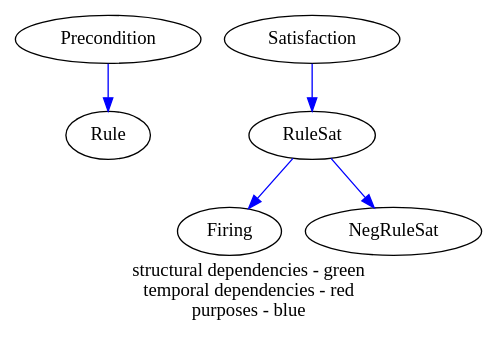
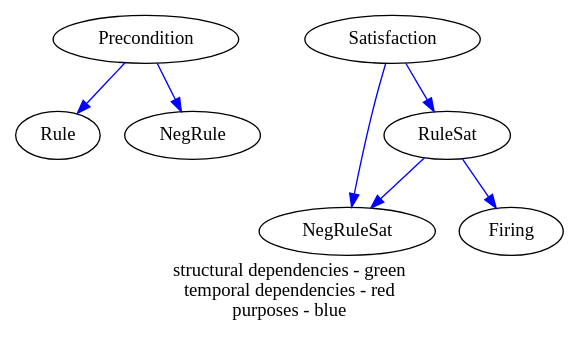
Before and after one commit to hefeix/google-gen: the diagram in doc/purposes.dot, drawn with Graphviz. The commit also changed 9 other files, not shown here.

```diff
--- a/doc/purposes.dot
+++ b/doc/purposes.dot
@@ -1,7 +1,9 @@
 digraph components { // red green blue
 	graph [label= "structural dependencies - green\ntemporal dependencies - red\npurposes - blue"]; // red green blue
 	Precondition -> Rule [color=blue];
+	Precondition -> NegRule [color=blue];
 	Satisfaction -> RuleSat [color=blue];
+	Satisfaction -> NegRuleSat [color=blue];
 	RuleSat -> Firing [color=blue];
 	RuleSat -> NegRuleSat [color=blue];
 } // red green blue
```
